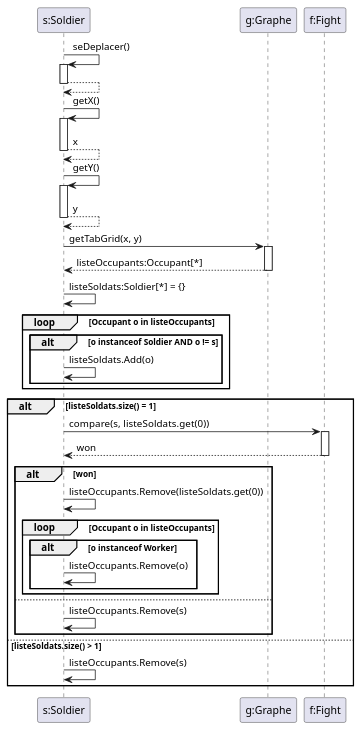
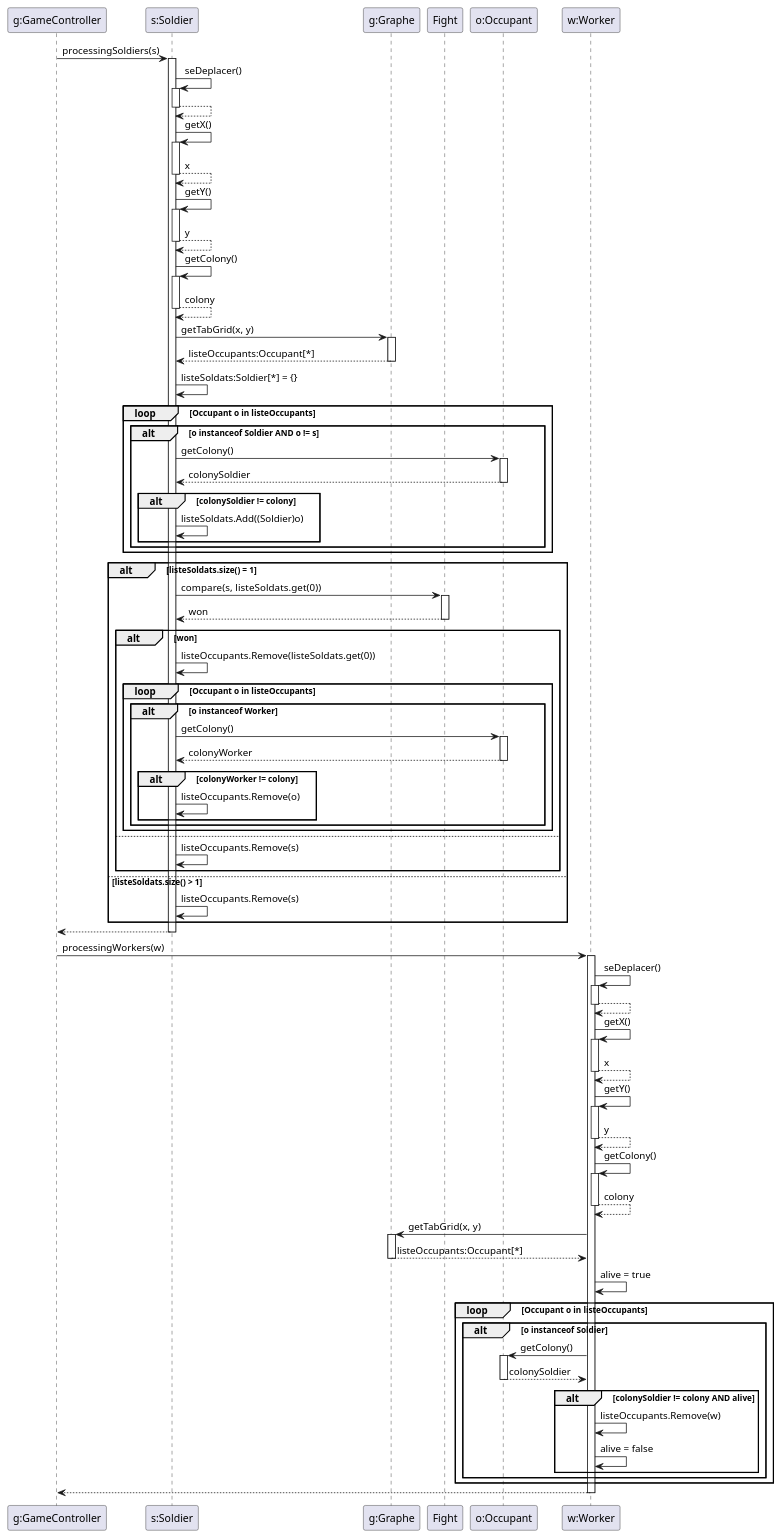
Before and after one commit to BaptisteWetterwald/dut-tp-note-a22: the diagram in Ex1_DS.puml, drawn with PlantUML.

Commit message:
Replace Ex1_DS.puml

```diff
--- a/Ex1_DS.puml
+++ b/Ex1_DS.puml
@@ -1,45 +1,91 @@
 @startuml
 'https://plantuml.com/sequence-diagram
 
+participant "g:GameController" as gc
 participant "s:Soldier" as s
 participant "g:Graphe" as g
-participant "f:Fight" as f
+participant "Fight" as f
+participant "o:Occupant" as o
+participant "w:Worker" as w
 
-s -> s++ : seDeplacer()
+gc -> s++ : processingSoldiers(s)
+
+    s -> s++ : seDeplacer()
+    return
+
+    s->s++ : getX()
+    return x
+
+    s->s++ : getY()
+    return y
+
+    s->s++ : getColony()
+    return colony
+
+    s->g++ : getTabGrid(x, y)
+    return listeOccupants:Occupant[*]
+
+    s->s : listeSoldats:Soldier[*] = {}
+
+    loop Occupant o in listeOccupants
+        alt o instanceof Soldier AND o != s
+            s->o++ : getColony()
+            return colonySoldier
+            alt colonySoldier != colony
+                s->s:listeSoldats.Add((Soldier)o)
+            end
+        end
+    end
+
+    alt listeSoldats.size() = 1
+        s->f++ : compare(s,  listeSoldats.get(0))
+        return won
+        alt won
+           s->s : listeOccupants.Remove(listeSoldats.get(0))
+           loop Occupant o in listeOccupants
+               alt o instanceof Worker
+                   s->o++ : getColony()
+                   return colonyWorker
+                   alt colonyWorker != colony
+                        s->s: listeOccupants.Remove(o)
+                   end
+               end
+           end
+        else
+            s->s : listeOccupants.Remove(s)
+        end
+
+    else listeSoldats.size() > 1
+        s->s : listeOccupants.Remove(s)
+    end
 return
 
-s->s++ : getX()
-return x
+gc -> w++:processingWorkers(w)
+    w->w++ : seDeplacer()
+    return
 
-s->s++ : getY()
-return y
+    w->w++ : getX()
+    return x
 
-s->g++ : getTabGrid(x, y)
-return listeOccupants:Occupant[*]
+    w->w++ : getY()
+    return y
 
-s->s : listeSoldats:Soldier[*] = {}
-loop Occupant o in listeOccupants
-    alt o instanceof Soldier AND o != s
-        s->s:listeSoldats.Add(o)
+    w->w++ : getColony()
+    return colony
+
+    w->g++ : getTabGrid(x, y)
+    return listeOccupants:Occupant[*]
+
+    w->w:alive = true
+    loop Occupant o in listeOccupants
+        alt o instanceof Soldier
+            w->o++ : getColony()
+            return colonySoldier
+            alt colonySoldier != colony AND alive
+                w->w:listeOccupants.Remove(w)
+                w->w:alive = false
+            end
+        end
     end
-end
-
-alt listeSoldats.size() = 1
-    s->f++ : compare(s,  listeSoldats.get(0))
-    return won
-    alt won
-       s->s : listeOccupants.Remove(listeSoldats.get(0))
-       loop Occupant o in listeOccupants
-           alt o instanceof Worker
-               s->s: listeOccupants.Remove(o)
-           end
-       end
-    else
-        s->s : listeOccupants.Remove(s)
-    end
-
-else listeSoldats.size() > 1
-    s->s : listeOccupants.Remove(s)
-end
-
+return
 @enduml
```
